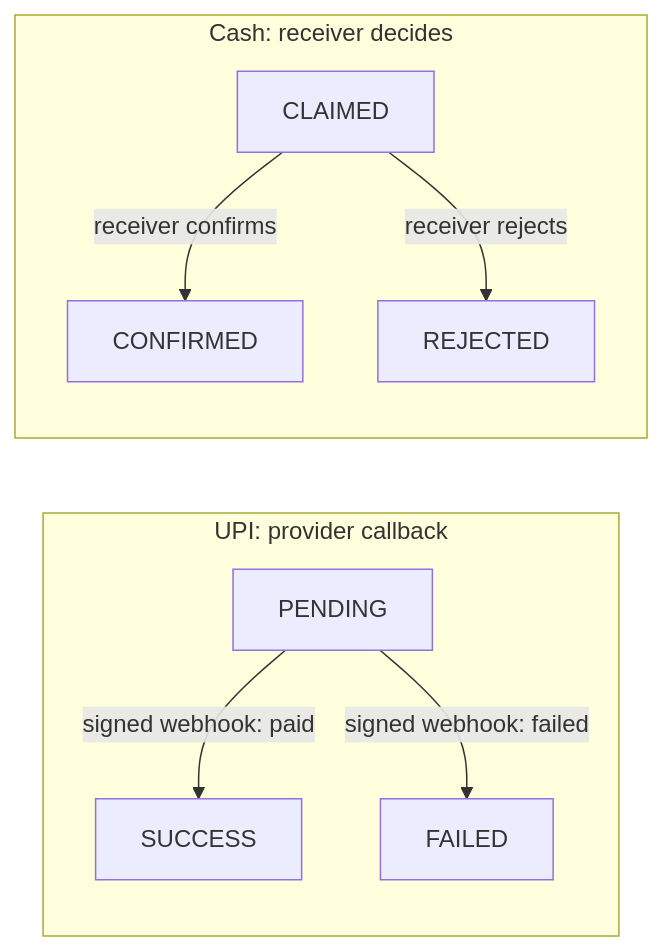
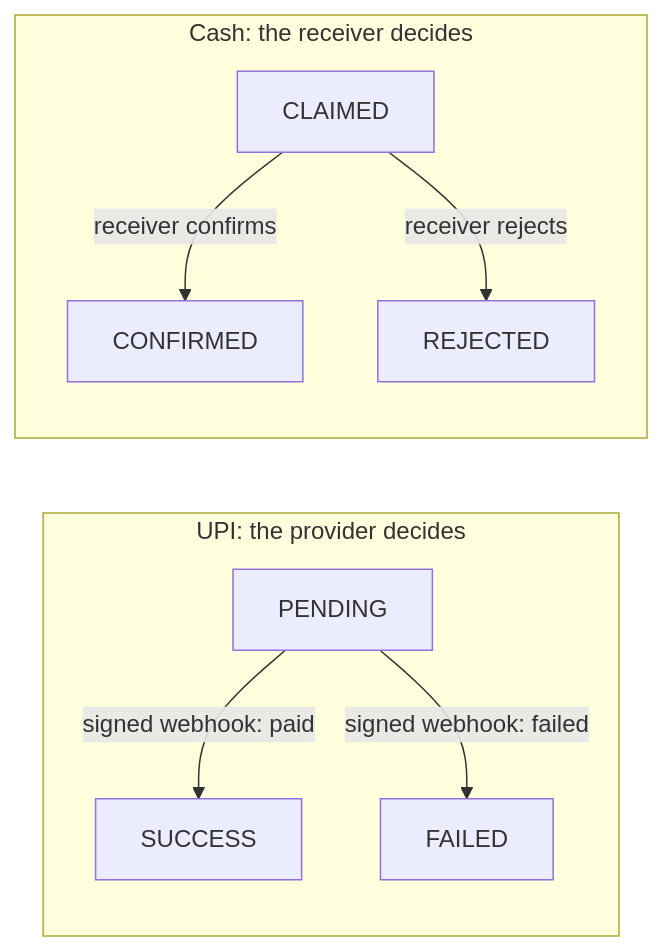
One commit to AdityaP700/Akira changed the fourth of 4 diagrams in README.md. Above: the diagram before and after it, drawn with Mermaid. The commit also changed other lines of this file and 3 other files, not shown here.

````diff
--- a/README.md
+++ b/README.md
@@ -149,11 +276,11 @@
 ```mermaid
 flowchart LR
-    subgraph UPI["UPI: provider callback"]
+    subgraph UPI["UPI: the provider decides"]
         P["PENDING"] -- "signed webhook: paid" --> S["SUCCESS"]
         P -- "signed webhook: failed" --> F["FAILED"]
     end
-    subgraph Cash["Cash: receiver decides"]
+    subgraph Cash["Cash: the receiver decides"]
         C["CLAIMED"] -- "receiver confirms" --> OK["CONFIRMED"]
         C -- "receiver rejects" --> X["REJECTED"]
     end
 ```
````
